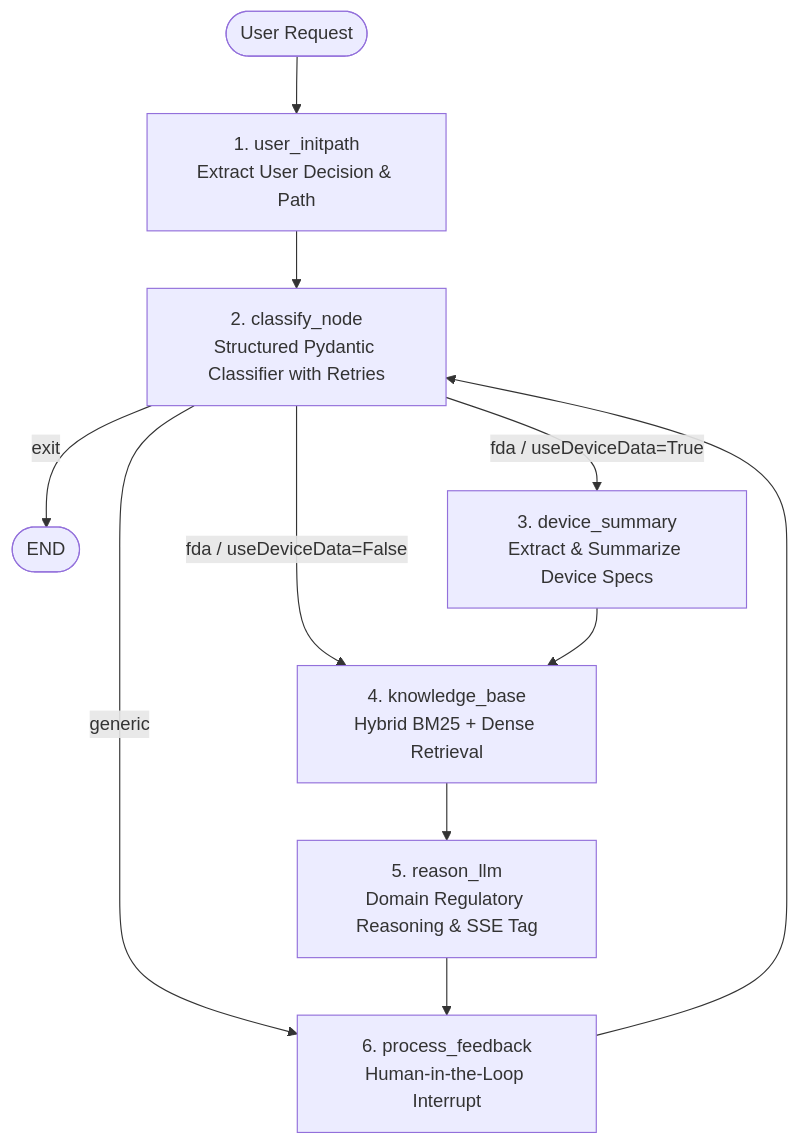
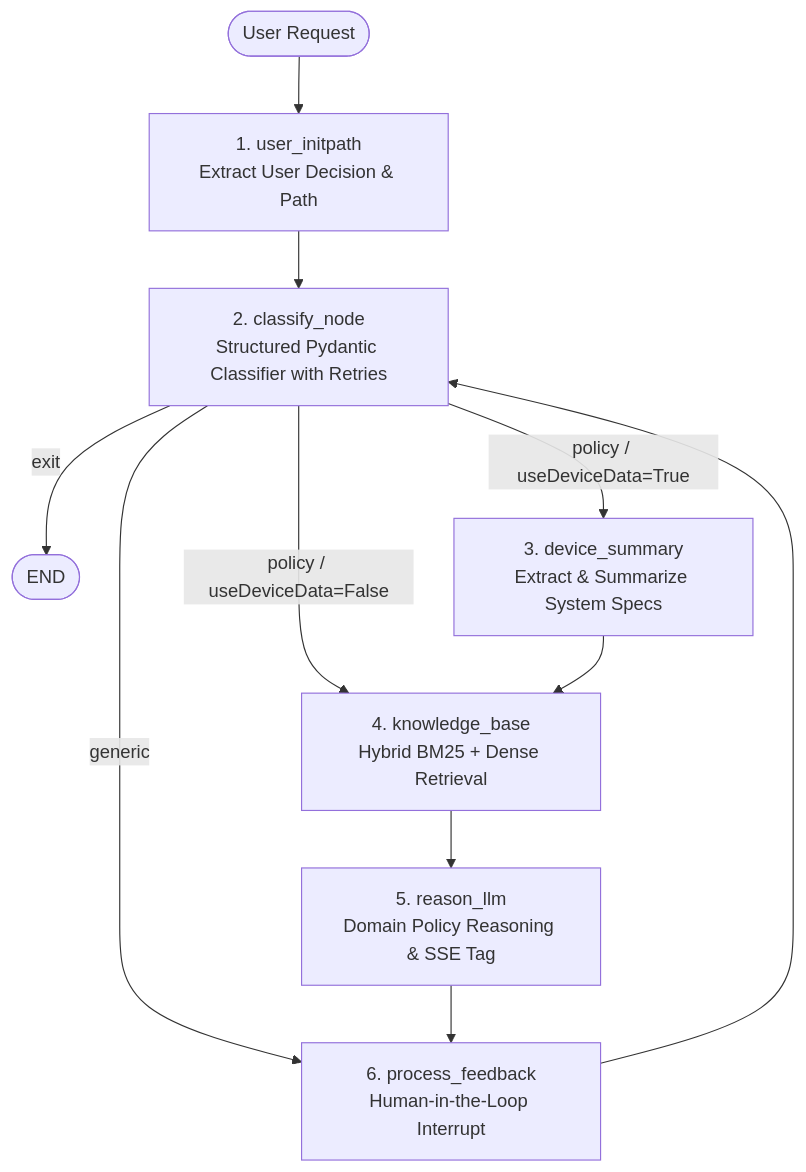
Before and after one commit to ambideXtrous9/Langchain-Langgraph-Notebooks: the first of 6 diagrams in README.md, drawn with Mermaid. The commit also changed other lines of this file and 48 other files, not shown here.

Commit message:
refactor: migrate domain ontology to AgentSphere Policy and Standards Navigator across frontend, backend, test suites, and documentation

````diff
--- a/README.md
+++ b/README.md
@@ -82,15 +82,15 @@
 ```mermaid
 flowchart TD
     Start([User Request]) --> UserInitPath[1. user_initpath\nExtract User Decision & Path]
     UserInitPath --> ClassifyNode[2. classify_node\nStructured Pydantic Classifier with Retries]
     
     ClassifyNode -- "exit" --> EndNode([END])
     ClassifyNode -- "generic" --> FeedbackLoop[6. process_feedback\nHuman-in-the-Loop Interrupt]
-    ClassifyNode -- "fda / useDeviceData=True" --> DeviceSummary[3. device_summary\nExtract & Summarize Device Specs]
-    ClassifyNode -- "fda / useDeviceData=False" --> KnowledgeBase[4. knowledge_base\nHybrid BM25 + Dense Retrieval]
+    ClassifyNode -- "policy / useDeviceData=True" --> DeviceSummary[3. device_summary\nExtract & Summarize System Specs]
+    ClassifyNode -- "policy / useDeviceData=False" --> KnowledgeBase[4. knowledge_base\nHybrid BM25 + Dense Retrieval]
     
     DeviceSummary --> KnowledgeBase
-    KnowledgeBase --> ReasonLLM[5. reason_llm\nDomain Regulatory Reasoning & SSE Tag]
+    KnowledgeBase --> ReasonLLM[5. reason_llm\nDomain Policy Reasoning & SSE Tag]
     ReasonLLM --> FeedbackLoop
     FeedbackLoop --> ClassifyNode
 ```
````
